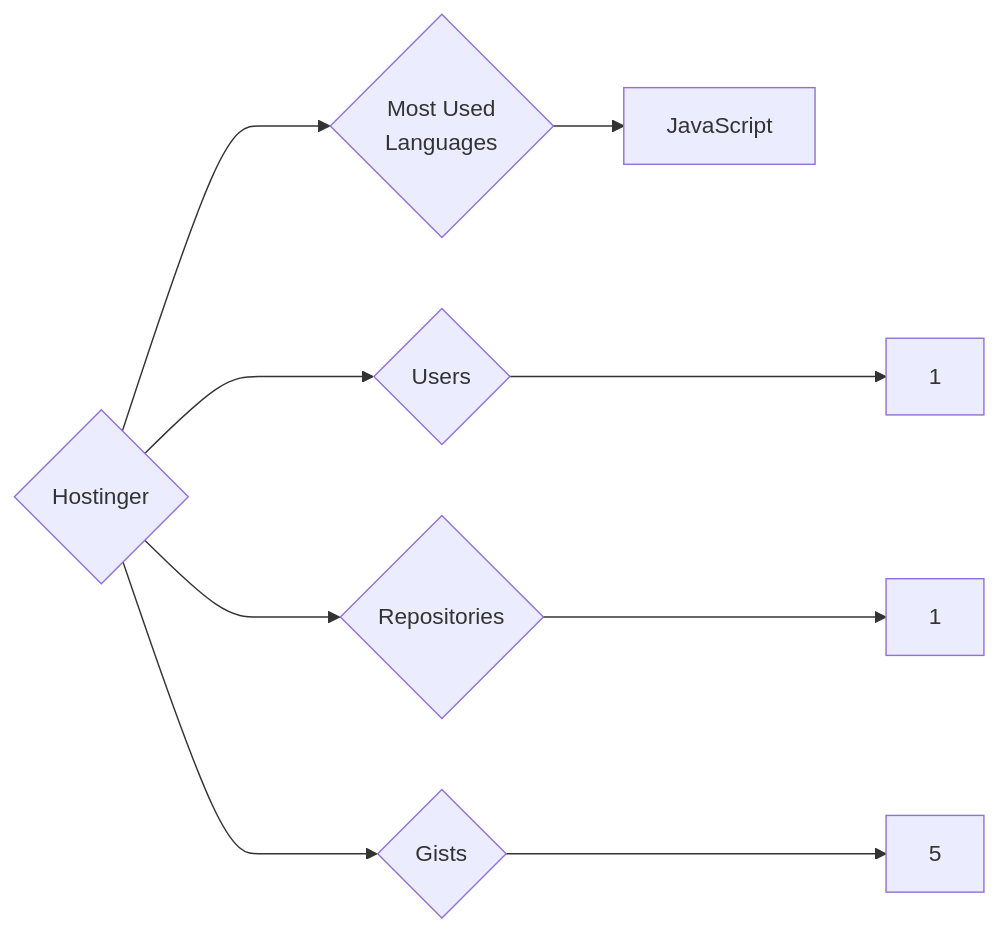
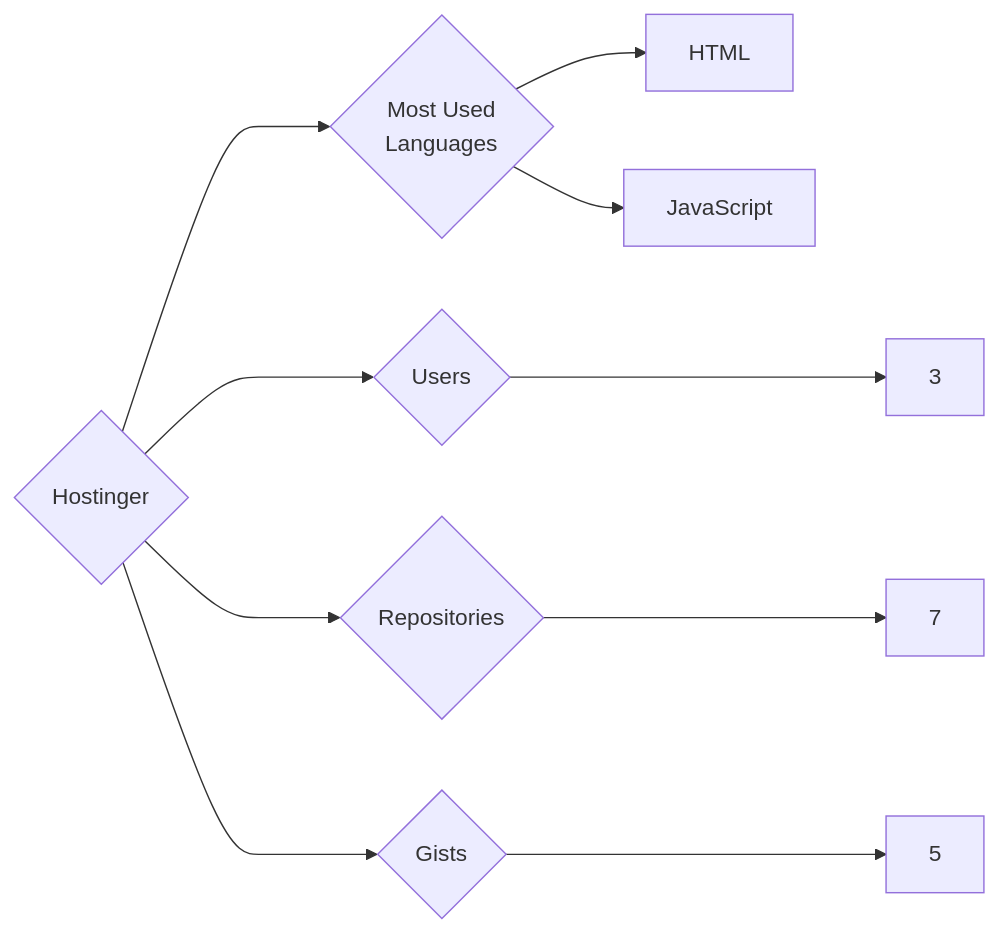
The diagram in targets/Hostinger/README.md (trickest/insiders), drawn with Mermaid before and after one commit. The commit also changed 1084 other files, not shown here.

````diff
--- a/targets/Hostinger/README.md
+++ b/targets/Hostinger/README.md
@@ -3,9 +3,10 @@
 ```mermaid
 graph LR
 COMPANY_NAME{Hostinger}
-COMPANY_NAME ---> U{Users} ---> UN[1]
-COMPANY_NAME ---> R{Repositories} ---> RN[1]
+COMPANY_NAME ---> U{Users} ---> UN[3]
+COMPANY_NAME ---> R{Repositories} ---> RN[7]
 COMPANY_NAME ---> G{Gists} ---> GN[5]
 COMPANY_NAME ---> ML{Most Used<br>Languages}
+ML --> HTML[HTML]
 ML --> JavaScript[JavaScript]
 ```
````
